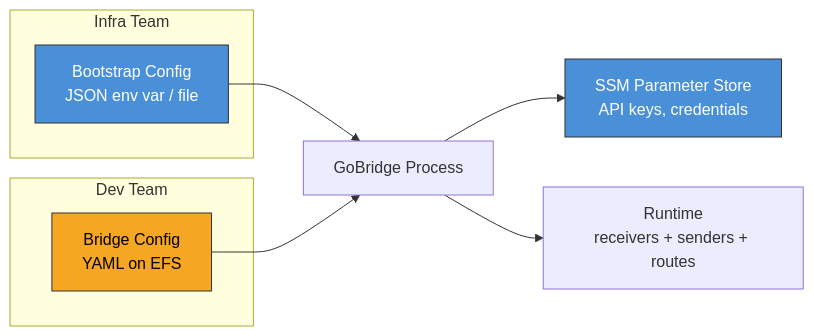
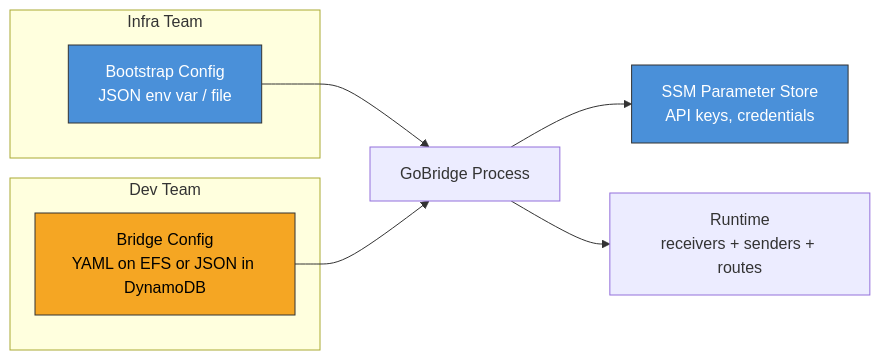
The diagram in docs/aws-deployment/configuration.md (mariotoffia/gobridge), drawn with Mermaid before and after one commit. The commit also changed other lines of this file and 37 other files, not shown here.

First line of the commit message:
feat(deploy/aws/cdk): dynamodb config table with conditional EFS and role-scoped grants

````diff
--- a/docs/aws-deployment/configuration.md
+++ b/docs/aws-deployment/configuration.md
@@ -17,20 +17,20 @@
 ```mermaid
 flowchart LR
     subgraph Infra Team
         BC[Bootstrap Config\nJSON env var / file]
     end
 
     subgraph Dev Team
-        BRC[Bridge Config\nYAML on EFS]
+        BRC[Bridge Config\nYAML on EFS or JSON in DynamoDB]
     end
 
     BC --> APP[GoBridge Process]
     BRC --> APP
 
     APP --> SSM[SSM Parameter Store\nAPI keys, credentials]
     APP --> RT[Runtime\nreceivers + senders + routes]
 
     style BC fill:#4a90d9,stroke:#333,color:#fff
     style BRC fill:#f5a623,stroke:#333,color:#000
     style SSM fill:#4a90d9,stroke:#333,color:#fff
 ```
````
